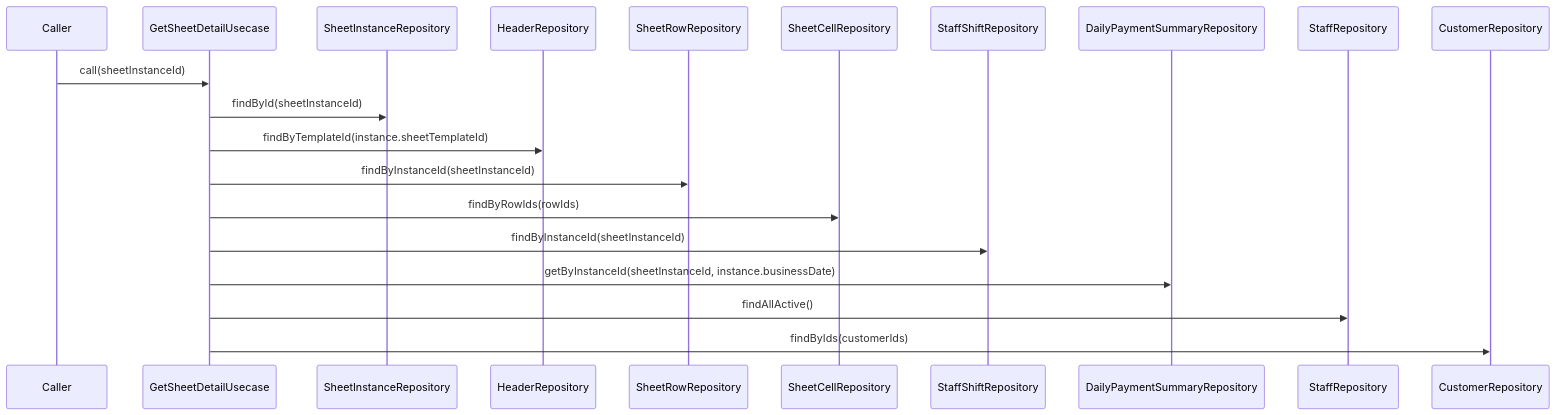
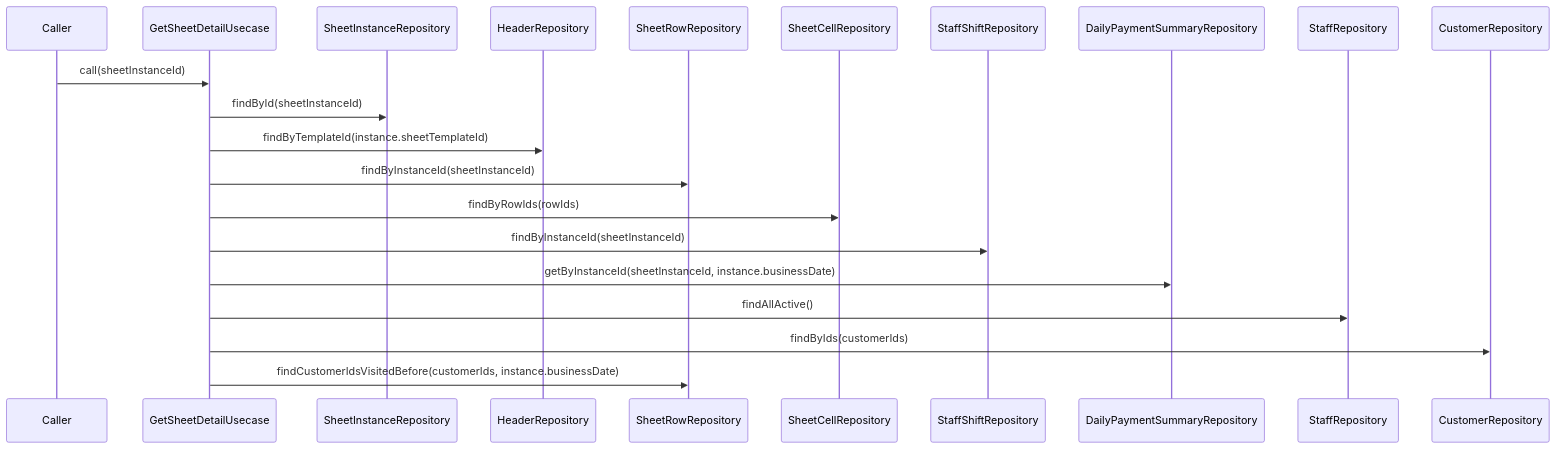
Before and after one commit to MinamiyamaKotaro/m3_pad: the diagram in docs/design/lib/src/features/voucher/domain/usecases/get_sheet_detail_usecase.md, drawn with Mermaid. The commit also changed other lines of this file and 21 other files, not shown here.

````diff
--- a/docs/design/lib/src/features/voucher/domain/usecases/get_sheet_detail_usecase.md
+++ b/docs/design/lib/src/features/voucher/domain/usecases/get_sheet_detail_usecase.md
@@ -14,23 +15,24 @@
 ```mermaid
 sequenceDiagram
     participant C as Caller
     participant U as GetSheetDetailUsecase
     participant SIR as SheetInstanceRepository
     participant HR as HeaderRepository
     participant SRR as SheetRowRepository
     participant SCR as SheetCellRepository
     participant SSR as StaffShiftRepository
     participant DPS as DailyPaymentSummaryRepository
     participant StR as StaffRepository
     participant CR as CustomerRepository
 
     C->>U: call(sheetInstanceId)
     U->>SIR: findById(sheetInstanceId)
     U->>HR: findByTemplateId(instance.sheetTemplateId)
     U->>SRR: findByInstanceId(sheetInstanceId)
     U->>SCR: findByRowIds(rowIds)
     U->>SSR: findByInstanceId(sheetInstanceId)
     U->>DPS: getByInstanceId(sheetInstanceId, instance.businessDate)
     U->>StR: findAllActive()
     U->>CR: findByIds(customerIds)
+    U->>SRR: findCustomerIdsVisitedBefore(customerIds, instance.businessDate)
 ```
````
